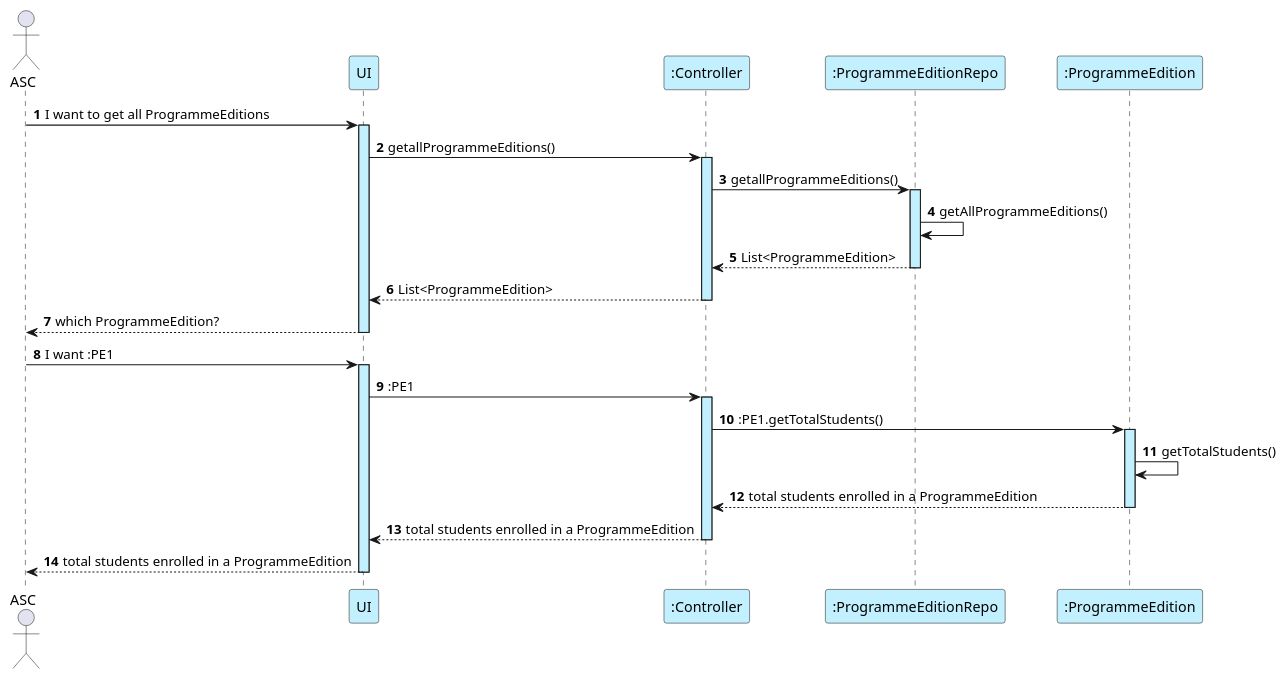
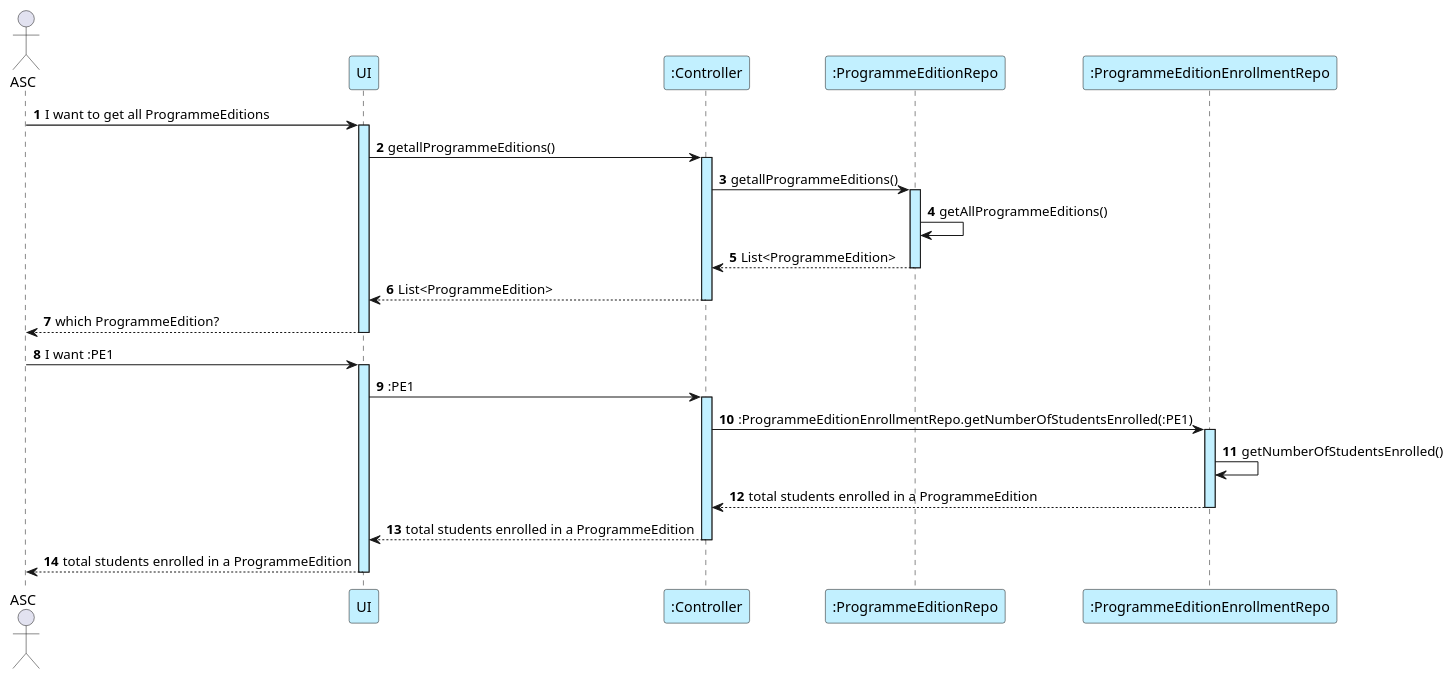
Before and after one commit to GasparISEP/DevOps-PAI: the diagram in docs/sequenceSystemDiagrams/US21/US21_getTotalStudentsEnrolledInProgrammeEdition.puml, drawn with PlantUML.

Commit message:
Update US21 SSD

```diff
--- a/docs/sequenceSystemDiagrams/US21/US21_getTotalStudentsEnrolledInProgrammeEdition.puml
+++ b/docs/sequenceSystemDiagrams/US21/US21_getTotalStudentsEnrolledInProgrammeEdition.puml
@@ -1,25 +1,25 @@
 @startuml US21
 actor ASC
 participant UI #application
 participant ":Controller" #application
 participant ":ProgrammeEditionRepo" #application
-participant ":ProgrammeEdition" #application
+participant ":ProgrammeEditionEnrollmentRepo" #application
 
 autonumber
 
 ASC -> UI  ++ #application : I want to get all ProgrammeEditions
 UI -> ":Controller" ++ #application: getallProgrammeEditions()
 ":Controller" -> ":ProgrammeEditionRepo" ++ #application: getallProgrammeEditions()
 ":ProgrammeEditionRepo" -> ":ProgrammeEditionRepo"  #application: getAllProgrammeEditions()
 ":ProgrammeEditionRepo" --> ":Controller" -- : List<ProgrammeEdition>
 ":Controller" --> UI -- : List<ProgrammeEdition>
 UI --> ASC -- : which ProgrammeEdition?
 ASC -> UI ++ #application: I want :PE1
 UI -> ":Controller" ++ #application: :PE1
-":Controller" -> ":ProgrammeEdition" ++ #application : :PE1.getTotalStudents()
+":Controller" -> ":ProgrammeEditionEnrollmentRepo" ++ #application : :ProgrammeEditionEnrollmentRepo.getNumberOfStudentsEnrolled(:PE1)
 
-":ProgrammeEdition" -> ":ProgrammeEdition" #application : getTotalStudents()
-":ProgrammeEdition" --> ":Controller" -- #application : total students enrolled in a ProgrammeEdition
+":ProgrammeEditionEnrollmentRepo" -> ":ProgrammeEditionEnrollmentRepo" #application : getNumberOfStudentsEnrolled()
+":ProgrammeEditionEnrollmentRepo" --> ":Controller" -- #application : total students enrolled in a ProgrammeEdition
 ":Controller" --> "UI" -- #application : total students enrolled in a ProgrammeEdition
 "UI" --> ASC -- #application : total students enrolled in a ProgrammeEdition
 @enduml
```
